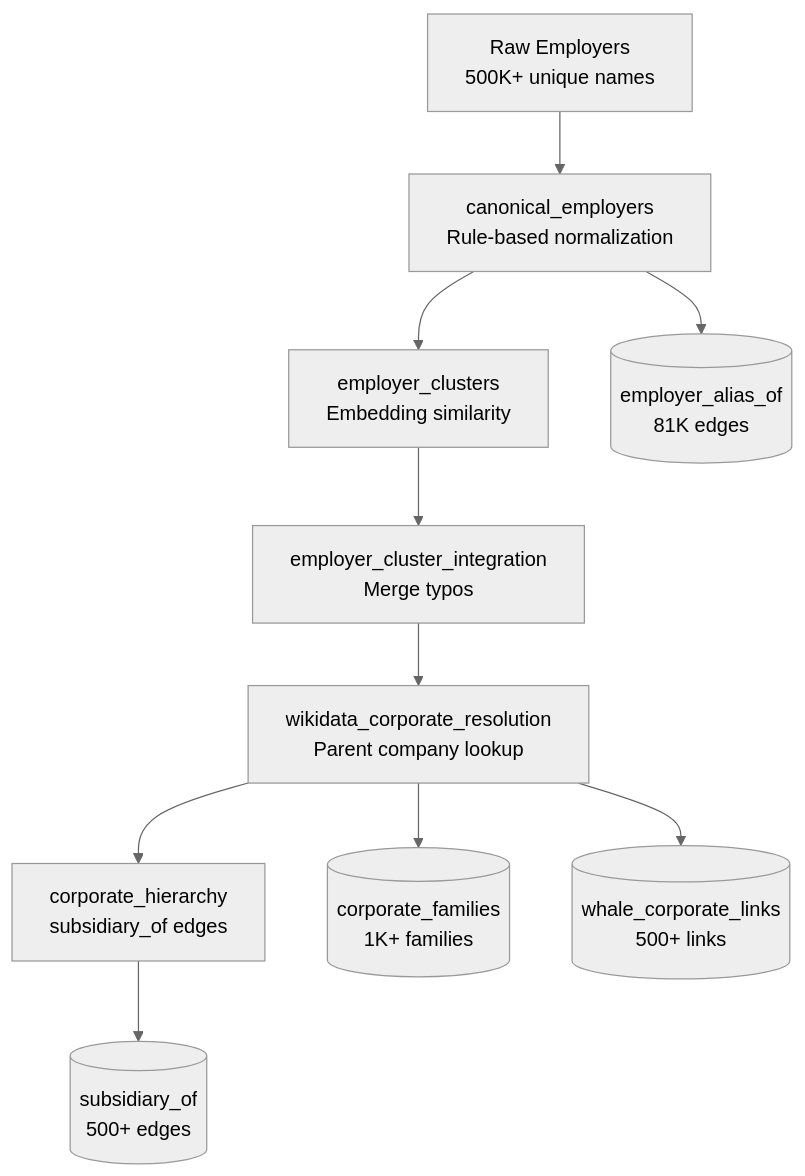
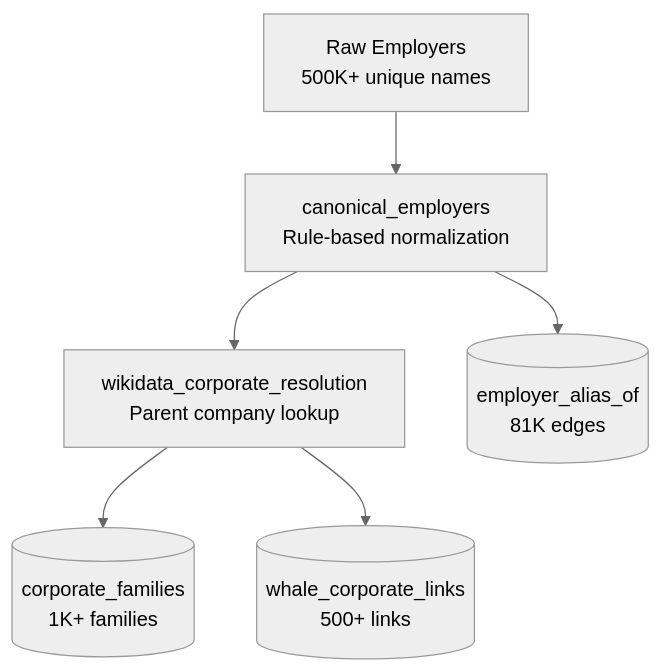
One commit to vedantadhobley/legal-tender changed the second of 2 diagrams in docs/PIPELINE.md. Above: the diagram before and after it, drawn with Mermaid (neutral theme). The commit also changed other lines of this file and 2 other files, not shown here.

````diff
--- a/docs/PIPELINE.md
+++ b/docs/PIPELINE.md
@@ -289,13 +287,9 @@
 ```mermaid
 flowchart TD
     RAW[Raw Employers<br/>500K+ unique names] --> CE[canonical_employers<br/>Rule-based normalization]
-    CE --> EC[employer_clusters<br/>Embedding similarity]
-    EC --> ECI[employer_cluster_integration<br/>Merge typos]
-    ECI --> WCR[wikidata_corporate_resolution<br/>Parent company lookup]
-    WCR --> CH[corporate_hierarchy<br/>subsidiary_of edges]
-    
+    CE --> WCR[wikidata_corporate_resolution<br/>Parent company lookup]
+
     CE --> EA[(employer_alias_of<br/>81K edges)]
     WCR --> CF[(corporate_families<br/>1K+ families)]
     WCR --> WL[(whale_corporate_links<br/>500+ links)]
-    CH --> SO[(subsidiary_of<br/>500+ edges)]
 ```
````
